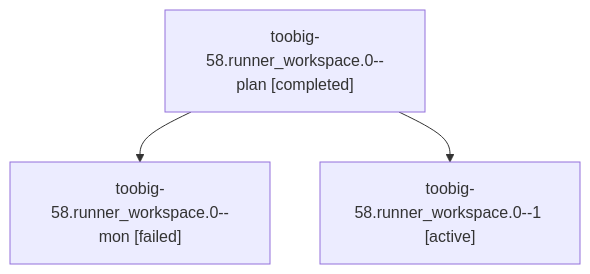
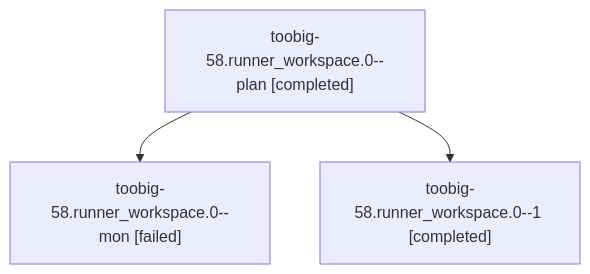
Before and after one commit to sase-org/sase--agents: the diagram in families/bbugyi200.athena.toobig-58.runner_workspace.0.md, drawn with Mermaid. The commit also changed other lines of this file and 35 other files, not shown here.

````diff
--- a/families/bbugyi200.athena.toobig-58.runner_workspace.0.md
+++ b/families/bbugyi200.athena.toobig-58.runner_workspace.0.md
@@ -9,8 +9,8 @@
 ```mermaid
 flowchart TD
   n0["toobig-58.runner_workspace.0--plan [completed]"]
   n1["toobig-58.runner_workspace.0--mon [failed]"]
   n0 --> n1
-  n2["toobig-58.runner_workspace.0--1 [active]"]
+  n2["toobig-58.runner_workspace.0--1 [completed]"]
   n0 --> n2
 ```
````
